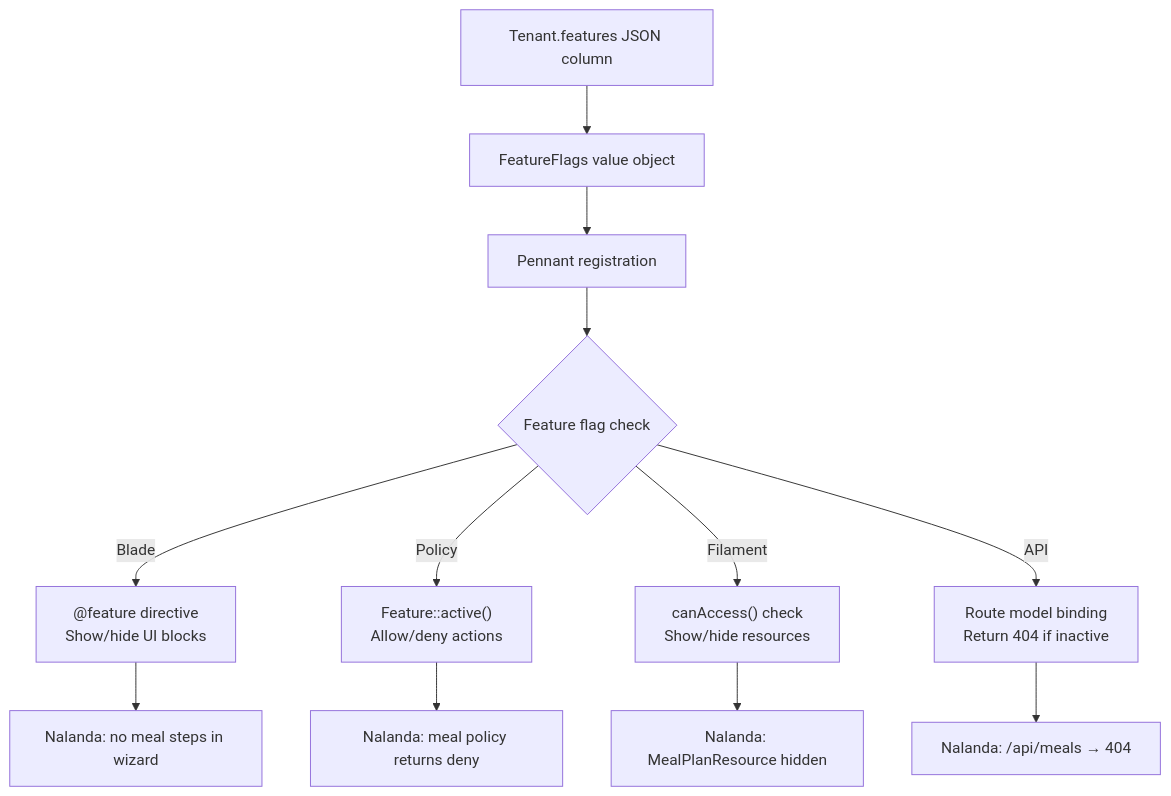
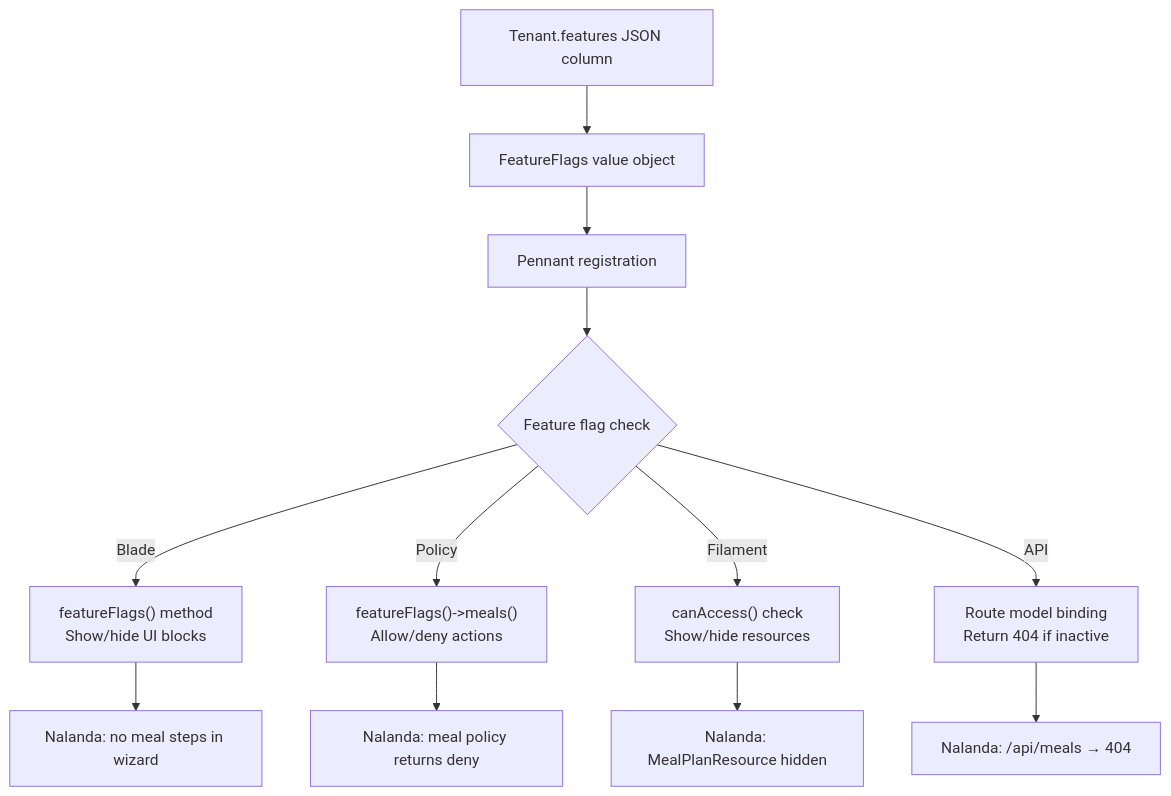
One commit to frozenbanana/zendo changed the first of 2 diagrams in tutorial/docs/section-04-feature-flags.md. Above: the diagram before and after it, drawn with Mermaid. The commit also changed other lines of this file and 1 other file, not shown here.

First line of the commit message:
Fix section 4 tutorial: Pennant API, FeatureFlags direct access, and more

````diff
--- a/tutorial/docs/section-04-feature-flags.md
+++ b/tutorial/docs/section-04-feature-flags.md
@@ -46,16 +48,16 @@
 ```mermaid
 graph TD
     A[Tenant.features JSON column] --> B[FeatureFlags value object]
     B --> C[Pennant registration]
     C --> D{Feature flag check}
 
-    D -->|Blade| E["@feature directive<br/>Show/hide UI blocks"]
-    D -->|Policy| F["Feature::active()<br/>Allow/deny actions"]
+    D -->|Blade| E["featureFlags() method<br/>Show/hide UI blocks"]
+    D -->|Policy| F["featureFlags()->meals()<br/>Allow/deny actions"]
     D -->|Filament| G["canAccess() check<br/>Show/hide resources"]
     D -->|API| H["Route model binding<br/>Return 404 if inactive"]
 
     E --> I[Nalanda: no meal steps in wizard]
     F --> J[Nalanda: meal policy returns deny]
     G --> K[Nalanda: MealPlanResource hidden]
     H --> L["Nalanda: /api/meals → 404"]
 ```
````
